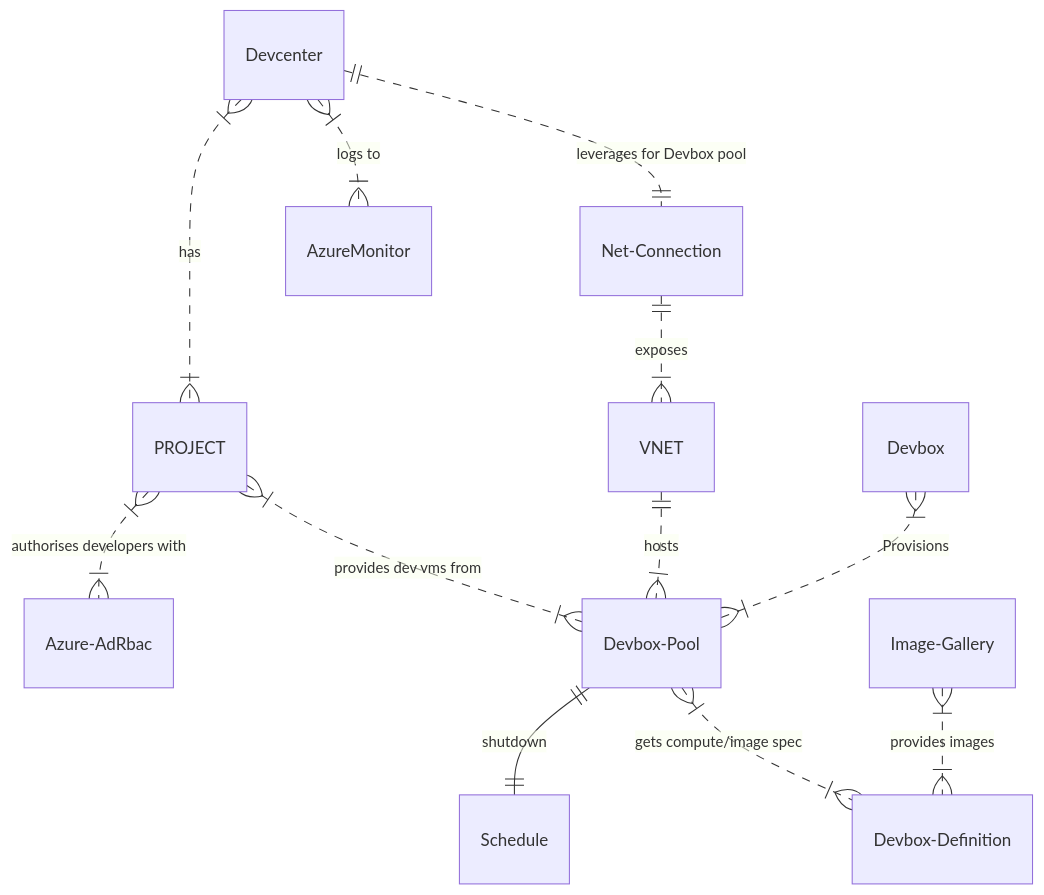
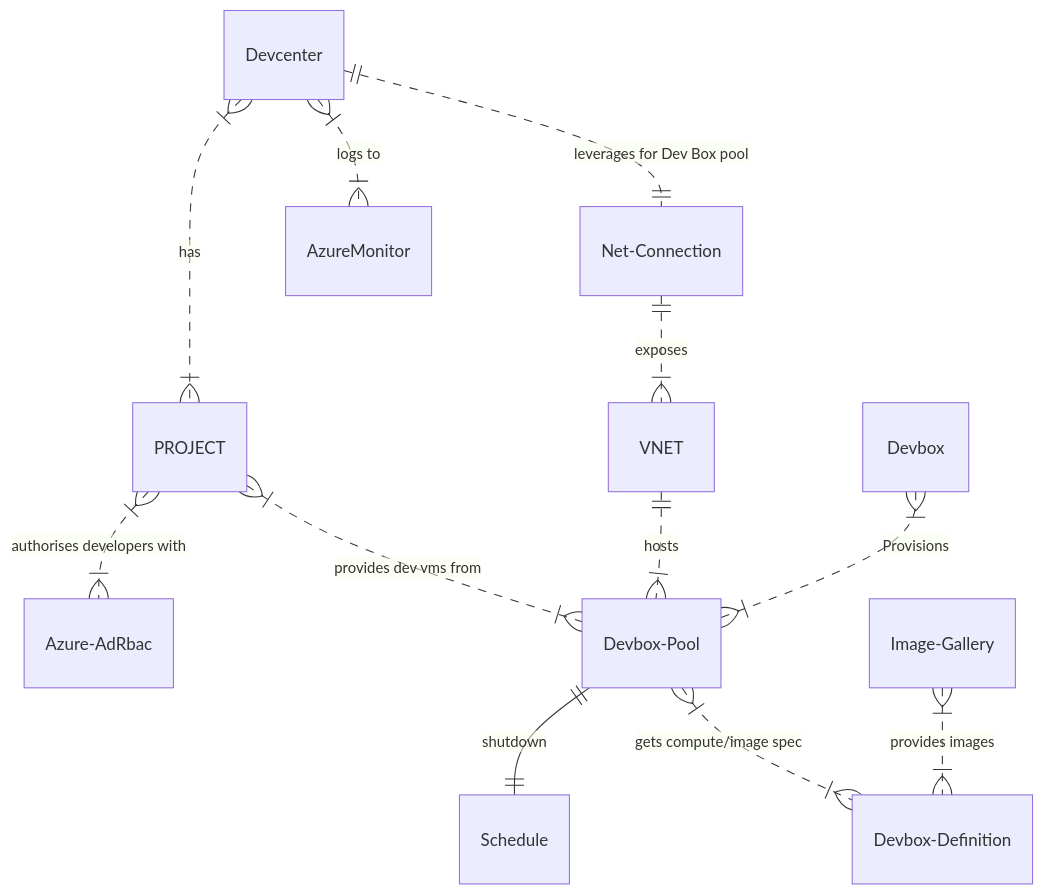
One commit to Gordonby/Devcenter changed the first of 2 diagrams in README.md. Above: the diagram before and after it, drawn with Mermaid. The commit also changed other lines of this file, not shown here.

````diff
--- a/README.md
+++ b/README.md
@@ -20,22 +20,22 @@
 ```mermaid
 erDiagram
 
     Devcenter }|..|{ PROJECT : has
     Devcenter }|..|{ AzureMonitor : "logs to"
     PROJECT }|..|{ Azure-AdRbac : "authorises developers with"
     
     %% Networking components
     VNET ||..|{ Devbox-Pool : hosts
     Net-Connection ||..|{ VNET : exposes
-    Devcenter ||..|| Net-Connection : "leverages for Devbox pool"
+    Devcenter ||..|| Net-Connection : "leverages for Dev Box pool"
 
     %% Devbox components
     PROJECT }|..|{ Devbox-Pool : "provides dev vms from"
     Devbox-Pool ||--|| Schedule : "shutdown"
     Devbox-Pool }|..|{ Devbox-Definition : "gets compute/image spec"
     Image-Gallery }|..|{ Devbox-Definition : "provides images"
     Devbox }|..|{ Devbox-Pool : "Provisions"
 
     %% Styling
     %%style DEVCENTER fill :#f9f
 ```
````
